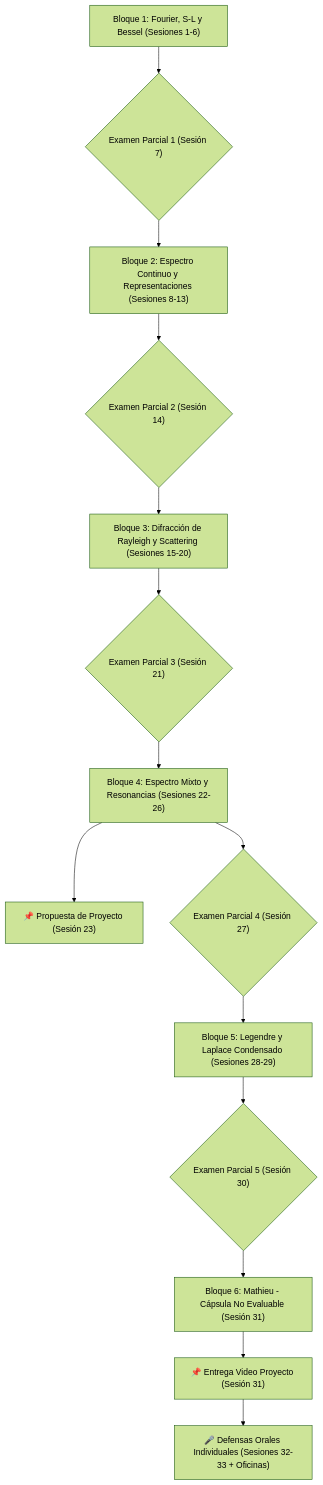
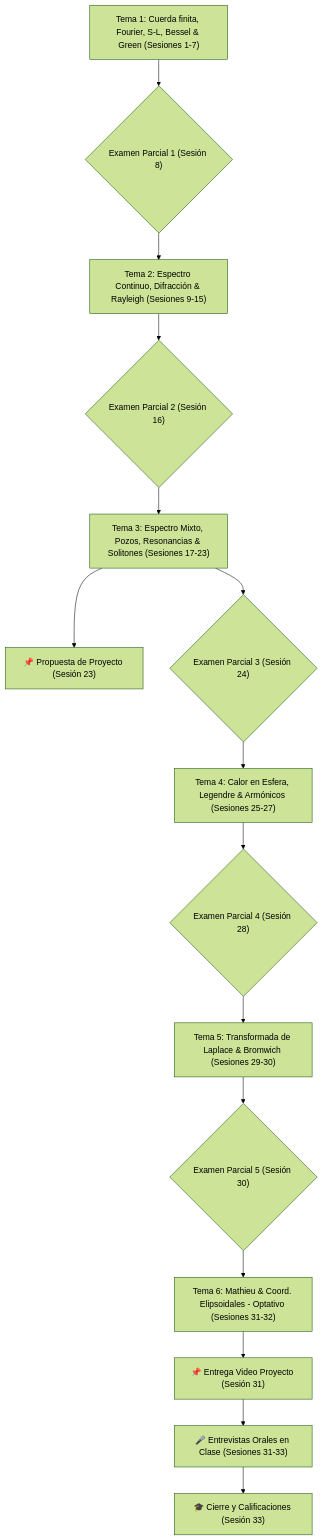
Before and after one commit to razamoraz/MAFisica_2027_1: the diagram in MoC/MAF_MoC.md, drawn with Mermaid (forest theme). The commit also changed other lines of this file and 8 other files, not shown here.

````diff
--- a/MoC/MAF_MoC.md
+++ b/MoC/MAF_MoC.md
@@ -14,16 +14,17 @@
 ```mermaid
 graph TD
-    B1["Bloque 1: Fourier, S-L y Bessel (Sesiones 1-6)"] --> P1{"Examen Parcial 1 (Sesión 7)"}
-    P1 --> B2["Bloque 2: Espectro Continuo y Representaciones (Sesiones 8-13)"]
-    B2 --> P2{"Examen Parcial 2 (Sesión 14)"}
-    P2 --> B3["Bloque 3: Difracción de Rayleigh y Scattering (Sesiones 15-20)"]
-    B3 --> P3{"Examen Parcial 3 (Sesión 21)"}
-    P3 --> B4["Bloque 4: Espectro Mixto y Resonancias (Sesiones 22-26)"]
-    B4 --> Prop["📌 Propuesta de Proyecto (Sesión 23)"]
-    B4 --> P4{"Examen Parcial 4 (Sesión 27)"}
-    P4 --> B5["Bloque 5: Legendre y Laplace Condensado (Sesiones 28-29)"]
+    B1["Tema 1: Cuerda finita, Fourier, S-L, Bessel & Green (Sesiones 1-7)"] --> P1{"Examen Parcial 1 (Sesión 8)"}
+    P1 --> B2["Tema 2: Espectro Continuo, Difracción & Rayleigh (Sesiones 9-15)"]
+    B2 --> P2{"Examen Parcial 2 (Sesión 16)"}
+    P2 --> B3["Tema 3: Espectro Mixto, Pozos, Resonancias & Solitones (Sesiones 17-23)"]
+    B3 --> Prop["📌 Propuesta de Proyecto (Sesión 23)"]
+    B3 --> P3{"Examen Parcial 3 (Sesión 24)"}
+    P3 --> B4["Tema 4: Calor en Esfera, Legendre & Armónicos (Sesiones 25-27)"]
+    B4 --> P4{"Examen Parcial 4 (Sesión 28)"}
+    P4 --> B5["Tema 5: Transformada de Laplace & Bromwich (Sesiones 29-30)"]
     B5 --> P5{"Examen Parcial 5 (Sesión 30)"}
-    P5 --> B6["Bloque 6: Mathieu - Cápsula No Evaluable (Sesión 31)"]
+    P5 --> B6["Tema 6: Mathieu & Coord. Elipsoidales - Optativo (Sesiones 31-32)"]
     B6 --> Vid["📌 Entrega Video Proyecto (Sesión 31)"]
-    Vid --> Def["🎤 Defensas Orales Individuales (Sesiones 32-33 + Oficinas)"]
+    Vid --> Ent["🎤 Entrevistas Orales en Clase (Sesiones 31-33)"]
+    Ent --> Final["🎓 Cierre y Calificaciones (Sesión 33)"]
 ```
````
